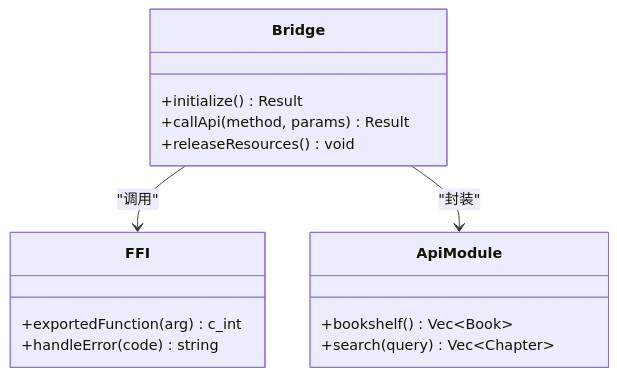
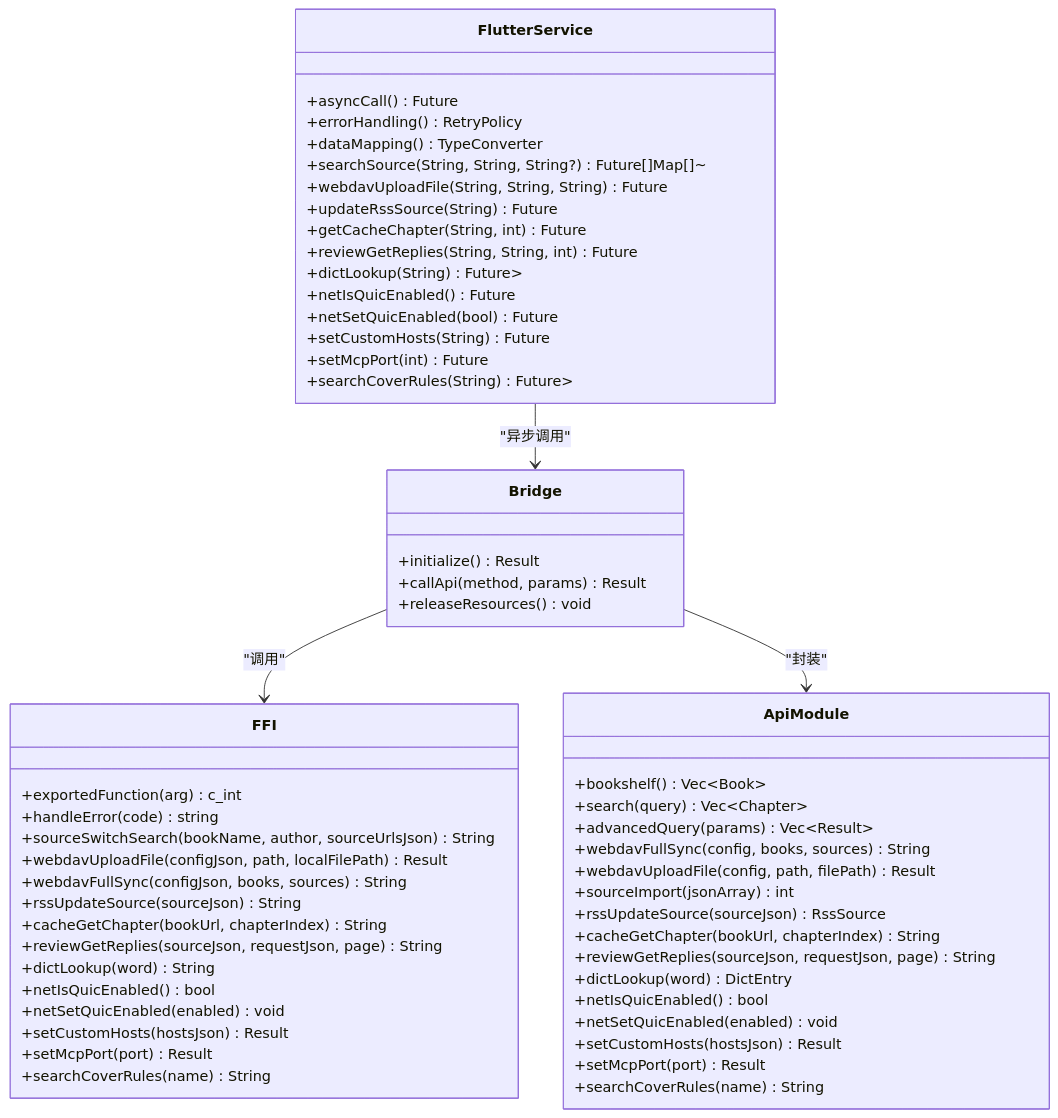
Before and after one commit to ZhangGHGitHub/LegadoTeamFlutter: the fifth of 17 diagrams in .qoder/repowiki/zh/content/API参考/API参考.md, drawn with Mermaid. The commit also changed other lines of this file and 173 other files, not shown here.

````diff
--- a/.qoder/repowiki/zh/content/API参考/API参考.md
+++ b/.qoder/repowiki/zh/content/API参考/API参考.md
@@ -225,18 +318,60 @@
 ```mermaid
 classDiagram
 class Bridge {
 +initialize() Result
 +callApi(method, params) Result
 +releaseResources() void
 }
 class FFI {
 +exportedFunction(arg) c_int
 +handleError(code) string
++sourceSwitchSearch(bookName, author, sourceUrlsJson) String
++webdavUploadFile(configJson, path, localFilePath) Result
++webdavFullSync(configJson, books, sources) String
++rssUpdateSource(sourceJson) String
++cacheGetChapter(bookUrl, chapterIndex) String
++reviewGetReplies(sourceJson, requestJson, page) String
++dictLookup(word) String
++netIsQuicEnabled() bool
++netSetQuicEnabled(enabled) void
++setCustomHosts(hostsJson) Result
++setMcpPort(port) Result
++searchCoverRules(name) String
 }
 class ApiModule {
 +bookshelf() Vec~Book~
 +search(query) Vec~Chapter~
++advancedQuery(params) Vec~Result~
++webdavFullSync(config, books, sources) String
++webdavUploadFile(config, path, filePath) Result
++sourceImport(jsonArray) int
++rssUpdateSource(sourceJson) RssSource
++cacheGetChapter(bookUrl, chapterIndex) String
++reviewGetReplies(sourceJson, requestJson, page) String
++dictLookup(word) DictEntry
++netIsQuicEnabled() bool
++netSetQuicEnabled(enabled) void
++setCustomHosts(hostsJson) Result
++setMcpPort(port) Result
++searchCoverRules(name) String
+}
+class FlutterService {
++asyncCall() Future
++errorHandling() RetryPolicy
++dataMapping() TypeConverter
++searchSource(String, String, String?) Future[]Map[]~
++webdavUploadFile(String, String, String) Future<void>
++updateRssSource(String) Future<void>
++getCacheChapter(String, int) Future<String>
++reviewGetReplies(String, String, int) Future<String>
++dictLookup(String) Future<Map<String, dynamic>>
++netIsQuicEnabled() Future<bool>
++netSetQuicEnabled(bool) Future<void>
++setCustomHosts(String) Future<void>
++setMcpPort(int) Future<void>
++searchCoverRules(String) Future<List<String>>
 }
 Bridge --> FFI : "调用"
 Bridge --> ApiModule : "封装"
+FlutterService --> Bridge : "异步调用"
 ```
````
